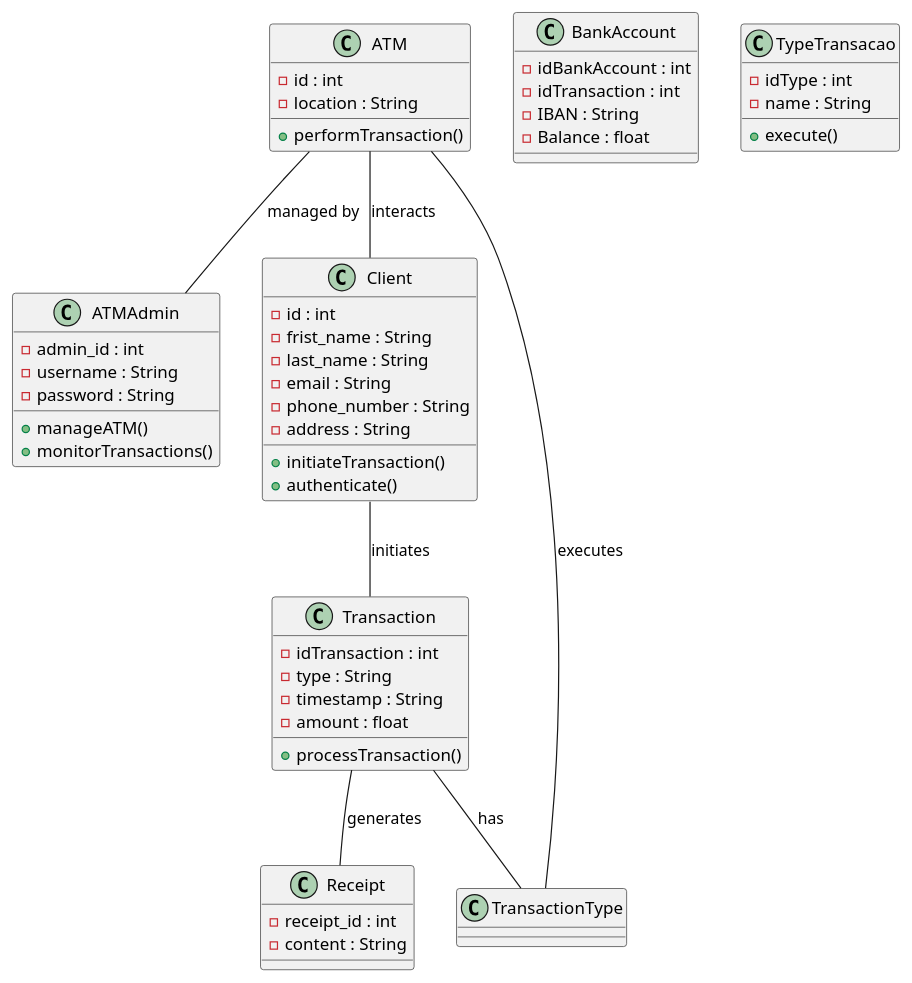
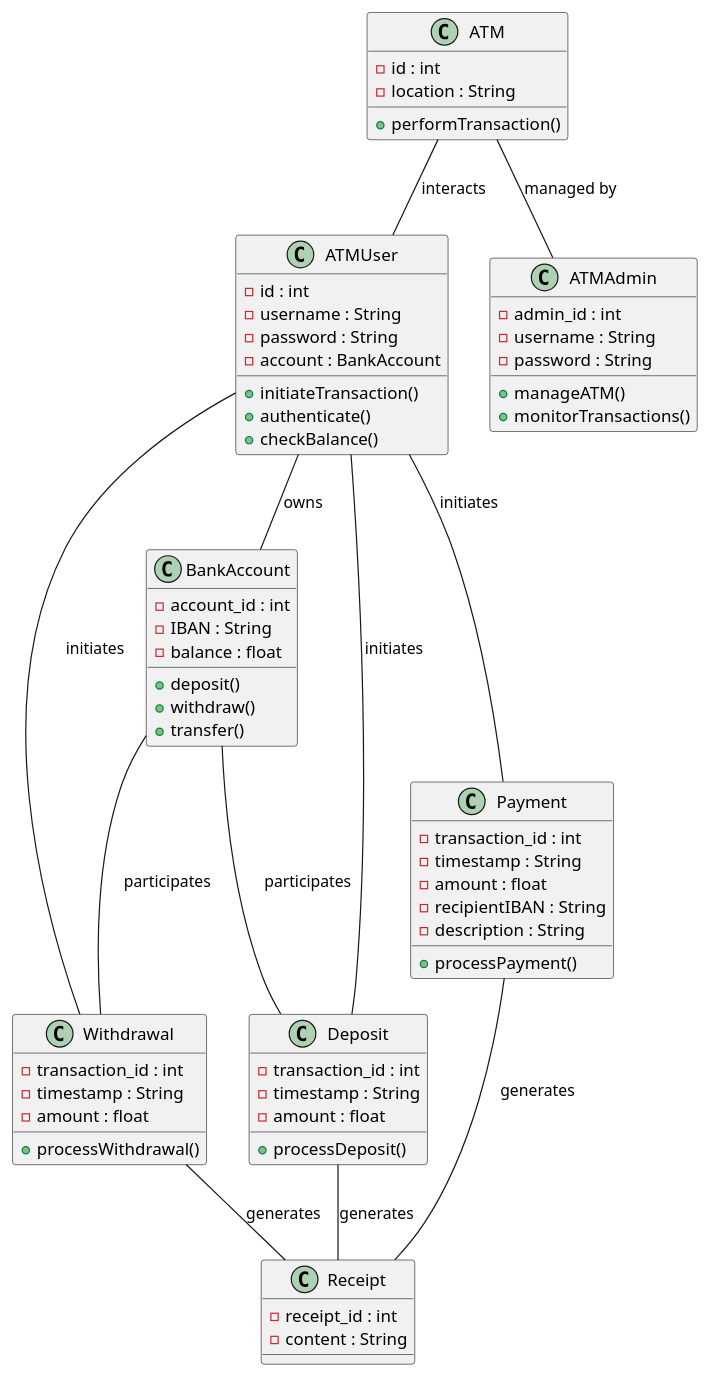
The diagram in Diagramas/userCase.plantuml (brunoUpskill2/ProjetoATM), drawn with PlantUML before and after one commit.

Commit message:
User Case v2

```diff
--- a/Diagramas/userCase.plantuml
+++ b/Diagramas/userCase.plantuml
@@ -1,58 +1,76 @@
-@startuml UserCaseATM
+@startuml ATMSystem
+
 class ATM {
-    -id : int 
+    -id : int
     -location : String
     +performTransaction()
 }
+
+class ATMUser {
+    -id : int
+    -username : String
+    -password : String
+    -account : BankAccount
+    +initiateTransaction()
+    +authenticate()
+    +checkBalance()
+}
+
 class ATMAdmin {
     -admin_id : int
     -username : String
     -password : String
     +manageATM()
     +monitorTransactions()
 }
 
-class Client {
-    -id : int
-    -frist_name : String
-    -last_name : String
-    -email : String
-    -phone_number : String
-    -address : String
-    +initiateTransaction()
-    +authenticate()
+class BankAccount {
+    -account_id : int
+    -IBAN : String
+    -balance : float
+    +deposit()
+    +withdraw()
+    +transfer()
 }
 
-class BankAccount { 
-    -idBankAccount : int
-    -idTransaction : int
-    -IBAN : String
-    -Balance : float 
+class Deposit {
+    -transaction_id : int
+    -timestamp : String
+    -amount : float
+    +processDeposit()
 }
 
-class Transaction {
-    -idTransaction : int
-    -type : String
+class Withdrawal {
+    -transaction_id : int
     -timestamp : String
     -amount : float
-    +processTransaction()
+    +processWithdrawal()
 }
 
-class TypeTransacao {
-    -idType : int 
-    -name : String
-    +execute()    
+class Payment {
+    -transaction_id : int
+    -timestamp : String
+    -amount : float
+    -recipientIBAN : String
+    -description : String
+    +processPayment()
 }
 
 class Receipt {
     -receipt_id : int
     -content : String
 }
 
-ATM -- Client : interacts
+ATM -- ATMUser : interacts
 ATM -- ATMAdmin : managed by
-Client -- Transaction : initiates 
-Transaction -- TransactionType : has
-Transaction -- Receipt : generates
-TransactionType -- ATM : executes
+ATMUser -- BankAccount : owns
+ATMUser -- Deposit : initiates
+ATMUser -- Withdrawal : initiates
+ATMUser -- Payment : initiates
+BankAccount -- Deposit : participates
+BankAccount -- Withdrawal : participates
+Payment -- Receipt : generates
+Deposit -- Receipt : generates
+Withdrawal -- Receipt : generates
+
 @enduml
```
